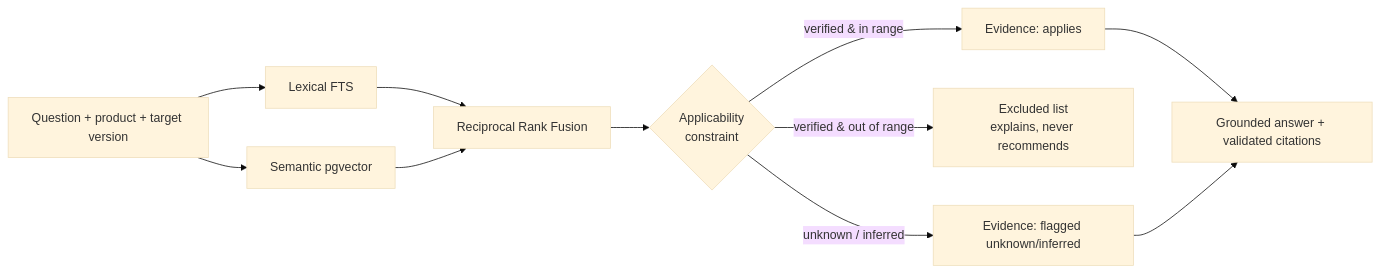
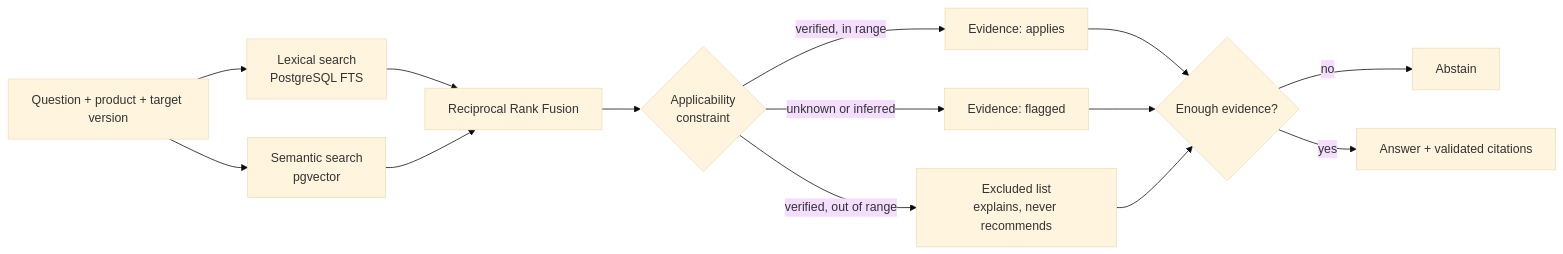
One commit to lucasoalima/VersionProofAI changed the diagram in README.md. Above: the diagram before and after it, drawn with Mermaid (base theme). The commit also changed other lines of this file and 15 other files, not shown here.

````diff
--- a/README.md
+++ b/README.md
@@ -37,13 +59,16 @@
 ```mermaid
 flowchart LR
-  Q[Question + product + target version] --> L[Lexical FTS]
-  Q --> S[Semantic pgvector]
+  Q[Question + product + target version] --> L[Lexical search<br/>PostgreSQL FTS]
+  Q --> S[Semantic search<br/>pgvector]
   L --> F[Reciprocal Rank Fusion]
   S --> F
   F --> C{Applicability<br/>constraint}
-  C -- verified & in range --> E[Evidence: applies]
-  C -- verified & out of range --> X[Excluded list<br/>explains, never recommends]
-  C -- unknown / inferred --> U[Evidence: flagged unknown/inferred]
-  E --> A[Grounded answer + validated citations]
+  C -- verified, in range --> E[Evidence: applies]
+  C -- verified, out of range --> X[Excluded list<br/>explains, never recommends]
+  C -- unknown or inferred --> U[Evidence: flagged]
+  E --> A{Enough evidence?}
   U --> A
+  X --> A
+  A -- no --> AB[Abstain]
+  A -- yes --> R[Answer + validated citations]
 ```
````
